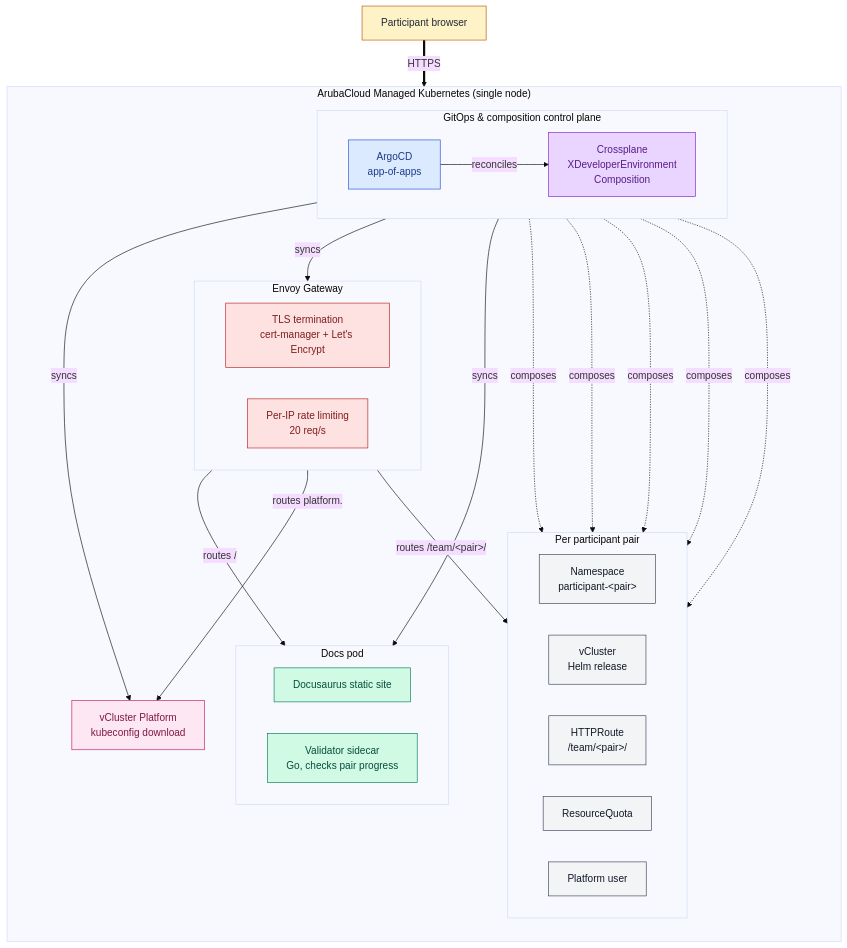
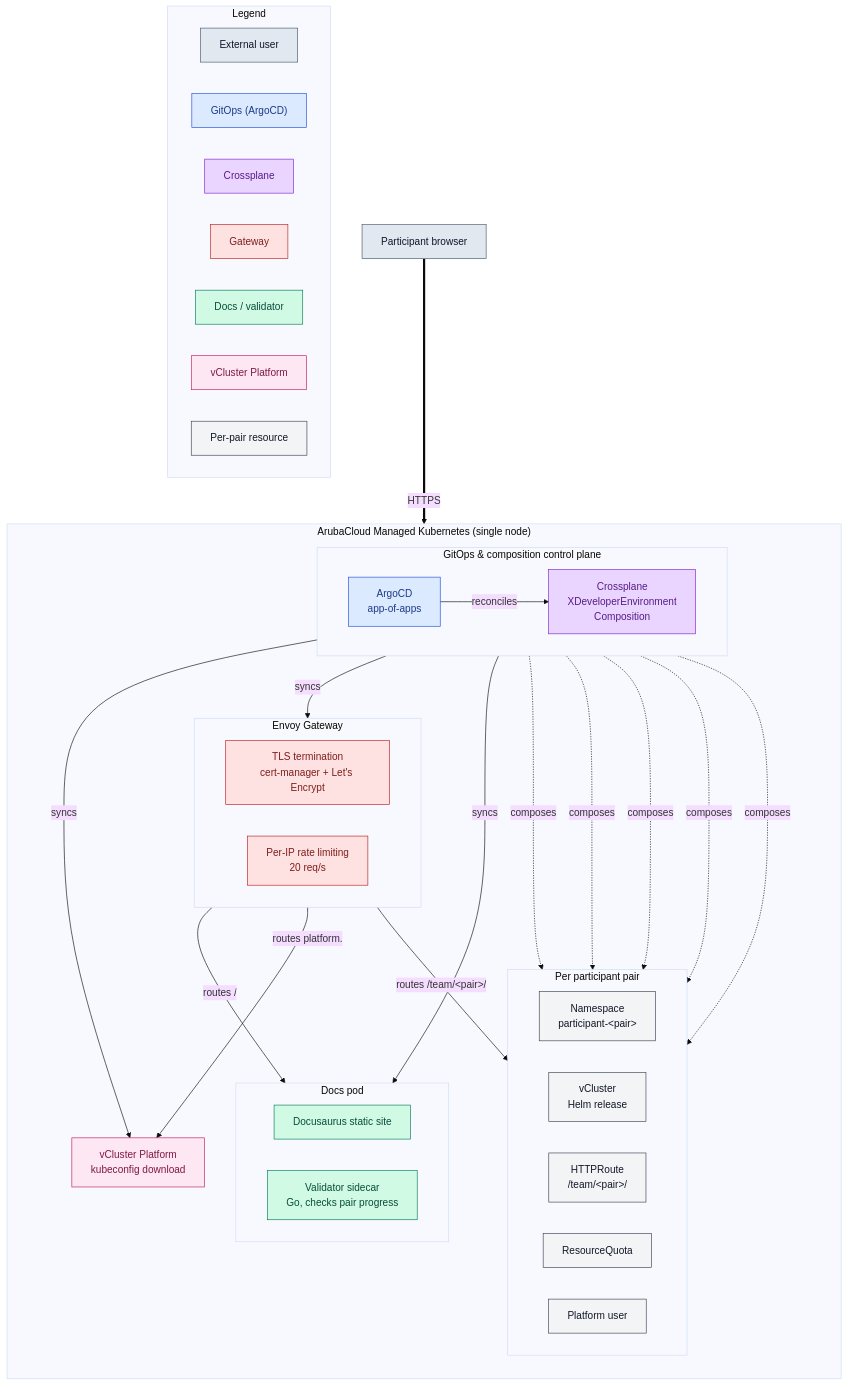
One commit to ricCap/crossplane-workshop changed the diagram in README.md. Above: the diagram before and after it, drawn with Mermaid (base theme). The commit also changed other lines of this file, not shown here.

Commit message:
docs: tone down external node color and inline the legend
- Swap the amber Participant fill for a quieter slate.
- Move the color legend inside the Mermaid block as a Legend
  subgraph of sample nodes, so the actual classDef swatches
  render on GitHub instead of relying on a plain-text caption
  below the diagram.

````diff
--- a/README.md
+++ b/README.md
@@ -9,62 +9,73 @@
 ```mermaid
 graph TB
     Participant["Participant browser"]:::external
 
     subgraph ArubaCloud["ArubaCloud Managed Kubernetes (single node)"]
         direction TB
 
         subgraph ControlPlane["GitOps &amp; composition control plane"]
             direction LR
             ArgoCD["ArgoCD<br/>app-of-apps"]:::gitops
             XDevEnv["Crossplane<br/>XDeveloperEnvironment<br/>Composition"]:::crossplane
             ArgoCD -->|reconciles| XDevEnv
         end
 
         subgraph Gateway["Envoy Gateway"]
             direction LR
             TLS["TLS termination<br/>cert-manager + Let's Encrypt"]:::gateway
             RL["Per-IP rate limiting<br/>20 req/s"]:::gateway
         end
 
         subgraph Docs["Docs pod"]
             direction LR
             Docusaurus["Docusaurus static site"]:::docs
             Validator["Validator sidecar<br/>Go, checks pair progress"]:::docs
         end
 
         Platform["vCluster Platform<br/>kubeconfig download"]:::platform
 
         subgraph PerPair["Per participant pair"]
             direction LR
             NS["Namespace<br/>participant-&lt;pair&gt;"]:::pair
             VC["vCluster<br/>Helm release"]:::pair
             HR["HTTPRoute<br/>/team/&lt;pair&gt;/"]:::pair
             RQ["ResourceQuota"]:::pair
             PU["Platform user"]:::pair
         end
 
         ArgoCD -->|syncs| Gateway
         ArgoCD -->|syncs| Docs
         ArgoCD -->|syncs| Platform
 
         XDevEnv -.->|composes| NS
         XDevEnv -.->|composes| VC
         XDevEnv -.->|composes| HR
         XDevEnv -.->|composes| RQ
         XDevEnv -.->|composes| PU
 
         Gateway -->|routes /| Docs
         Gateway -->|routes /team/&lt;pair&gt;/| HR
         Gateway -->|routes platform.| Platform
     end
 
     Participant ==>|HTTPS| Gateway
 
-    classDef external fill:#fef3c7,stroke:#b45309,color:#1f2937
+    subgraph Legend["Legend"]
+        direction LR
+        L_ext["External user"]:::external
+        L_git["GitOps (ArgoCD)"]:::gitops
+        L_xp["Crossplane"]:::crossplane
+        L_gw["Gateway"]:::gateway
+        L_docs["Docs / validator"]:::docs
+        L_plat["vCluster Platform"]:::platform
+        L_pair["Per-pair resource"]:::pair
+    end
+
+    classDef external fill:#e2e8f0,stroke:#475569,color:#0f172a
     classDef gitops fill:#dbeafe,stroke:#1d4ed8,color:#1e3a8a
     classDef crossplane fill:#e9d5ff,stroke:#7e22ce,color:#581c87
     classDef gateway fill:#fee2e2,stroke:#b91c1c,color:#7f1d1d
     classDef docs fill:#d1fae5,stroke:#047857,color:#064e3b
     classDef platform fill:#fce7f3,stroke:#be185d,color:#831843
     classDef pair fill:#f3f4f6,stroke:#374151,color:#111827
 ```
````
